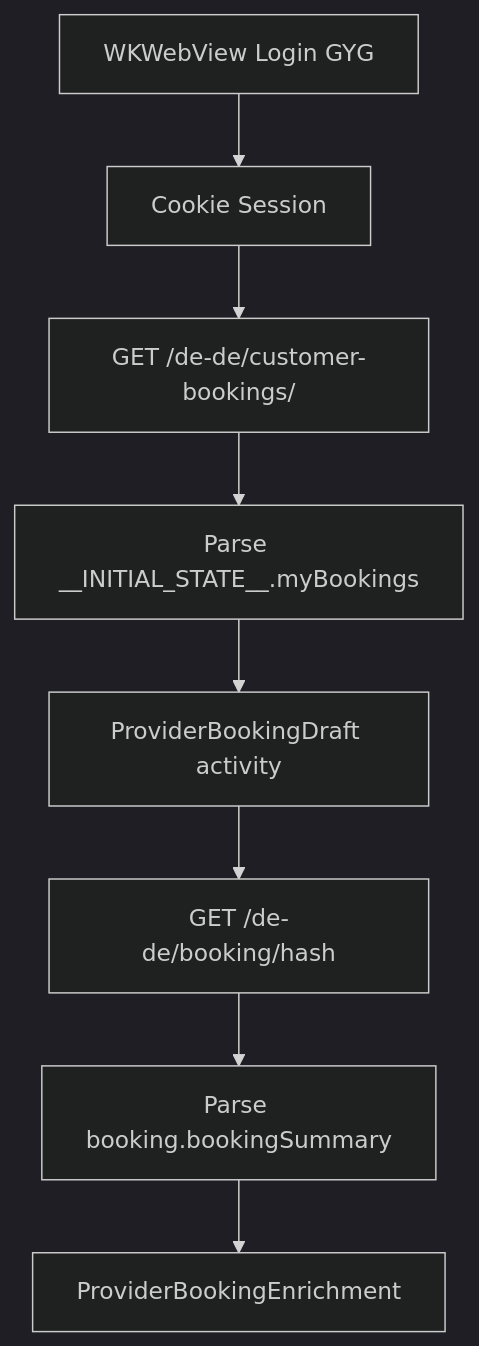
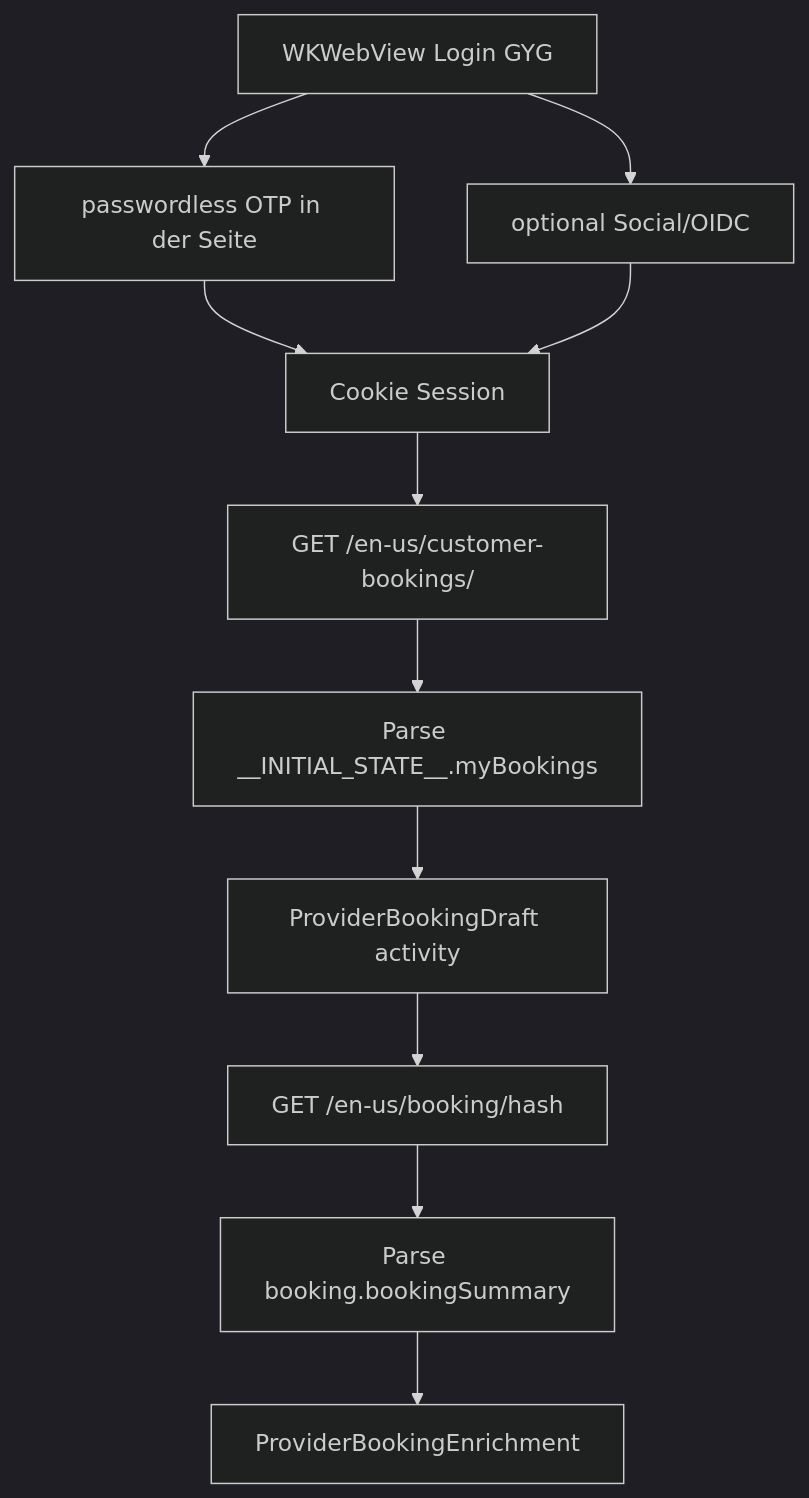
The second of 3 diagrams in docs/API_Research_Provider_Candidates.md (rosch100/Reisen), drawn with Mermaid (dark theme) before and after one commit. The commit also changed other lines of this file and 27 other files, not shown here.

First line of the commit message:
feat: sync GetYourGuide past bookings and passwordless OTP login

````diff
--- a/docs/API_Research_Provider_Candidates.md
+++ b/docs/API_Research_Provider_Candidates.md
@@ -106,11 +112,14 @@
 ```mermaid
 flowchart TD
   Login[WKWebView Login GYG]
-  Login --> Token[Cookie Session]
-  Token --> Catalog["GET /de-de/customer-bookings/"]
+  Login --> EmailOTP["passwordless OTP in der Seite"]
+  Login --> Social[optional Social/OIDC]
+  EmailOTP --> Token[Cookie Session]
+  Social --> Token
+  Token --> Catalog["GET /en-us/customer-bookings/"]
   Catalog --> State["Parse __INITIAL_STATE__.myBookings"]
   State --> Drafts[ProviderBookingDraft activity]
-  Drafts --> Detail["GET /de-de/booking/hash"]
+  Drafts --> Detail["GET /en-us/booking/hash"]
   Detail --> Summary["Parse booking.bookingSummary"]
   Summary --> Enrich[ProviderBookingEnrichment]
 ```
````
